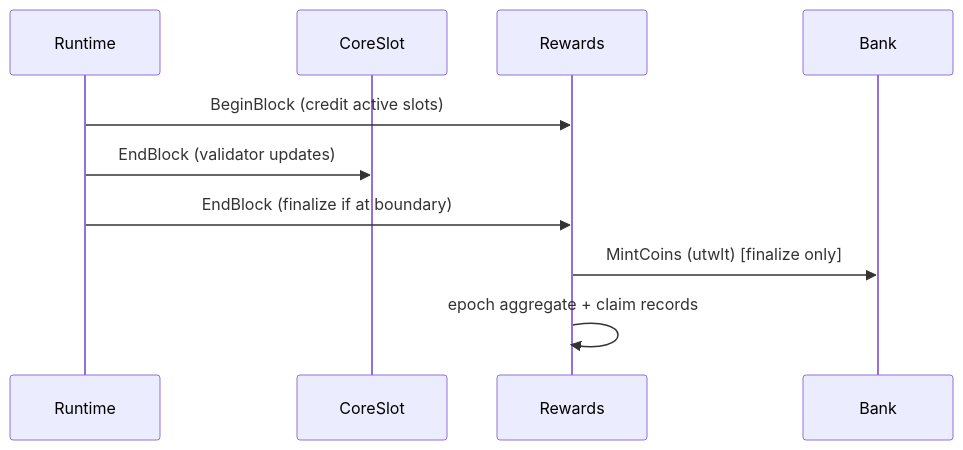
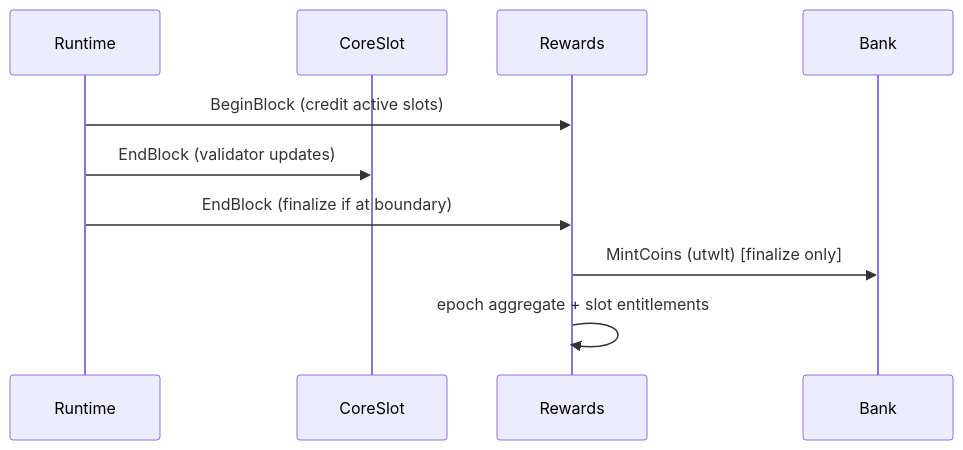
The diagram in website/docs/chain/lifecycle.md (usmanshahid86/twilight-core), drawn with Mermaid before and after one commit. The commit also changed other lines of this file and 103 other files, not shown here.

````diff
--- a/website/docs/chain/lifecycle.md
+++ b/website/docs/chain/lifecycle.md
@@ -40,12 +40,12 @@
 ```mermaid
 sequenceDiagram
     participant Runtime
     participant CoreSlot
     participant Rewards
     participant Bank
     Runtime->>Rewards: BeginBlock (credit active slots)
     Runtime->>CoreSlot: EndBlock (validator updates)
     Runtime->>Rewards: EndBlock (finalize if at boundary)
     Rewards->>Bank: MintCoins (utwlt) [finalize only]
-    Rewards->>Rewards: epoch aggregate + claim records
+    Rewards->>Rewards: epoch aggregate + slot entitlements
 ```
````
